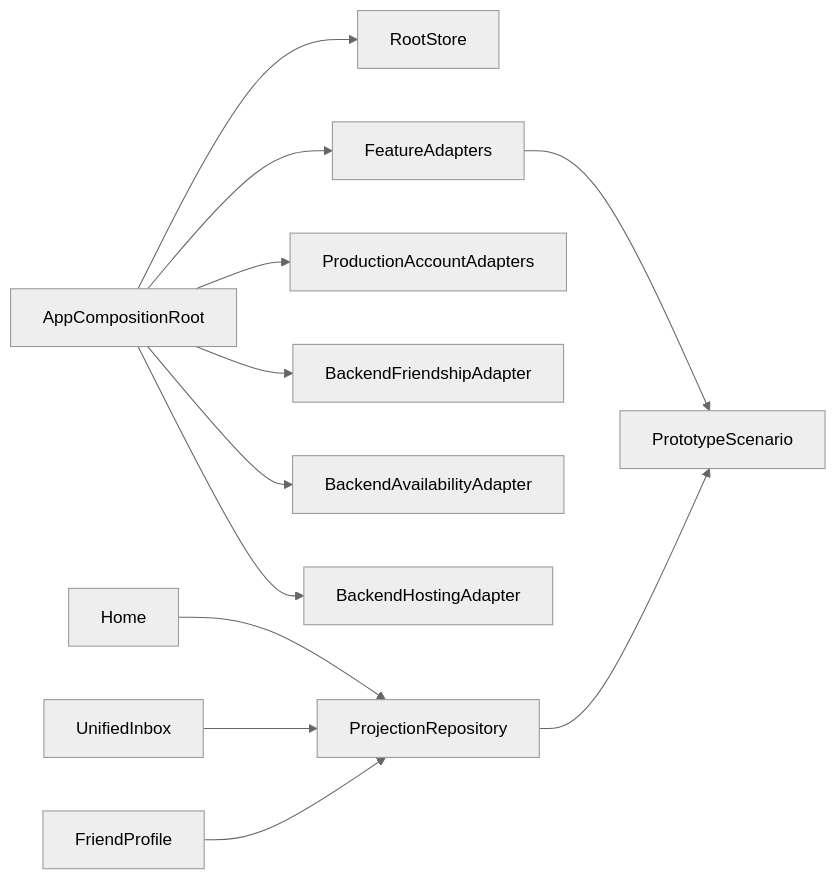
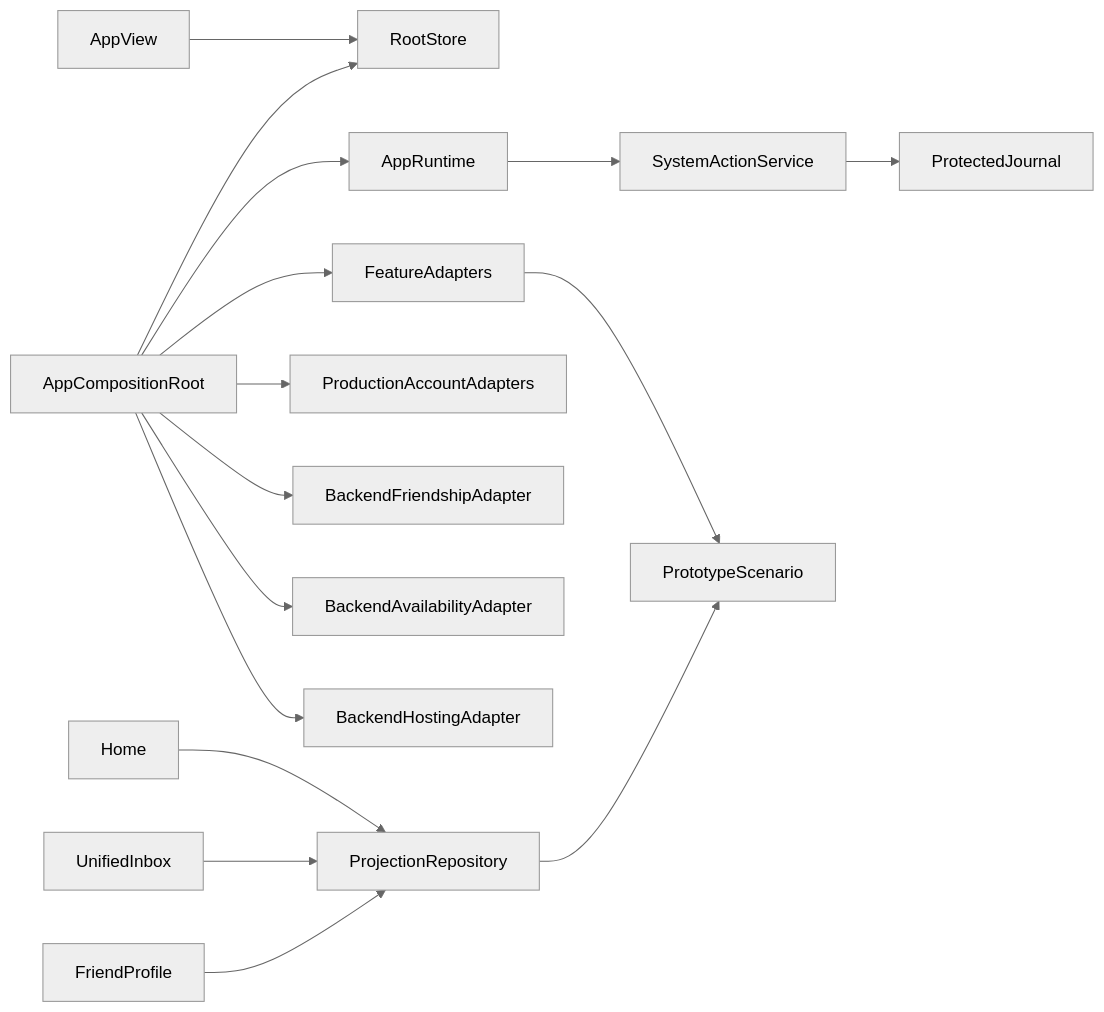
One commit to beyond-labo/free-time-matching changed the diagram in .kiro/specs/ios-app-integration/design.md. Above: the diagram before and after it, drawn with Mermaid (neutral theme). The commit also changed other lines of this file and 49 other files, not shown here.

````diff
--- a/.kiro/specs/ios-app-integration/design.md
+++ b/.kiro/specs/ios-app-integration/design.md
@@ -48,14 +48,18 @@
 ```mermaid
 graph LR
     AppCompositionRoot --> RootStore
+    AppCompositionRoot --> AppRuntime
+    AppRuntime --> SystemActionService
+    SystemActionService --> ProtectedJournal
+    AppView --> RootStore
     AppCompositionRoot --> FeatureAdapters
     AppCompositionRoot --> ProductionAccountAdapters
     AppCompositionRoot --> BackendFriendshipAdapter
     AppCompositionRoot --> BackendAvailabilityAdapter
     AppCompositionRoot --> BackendHostingAdapter
     FeatureAdapters --> PrototypeScenario
     ProjectionRepository --> PrototypeScenario
     Home --> ProjectionRepository
     UnifiedInbox --> ProjectionRepository
     FriendProfile --> ProjectionRepository
 ```
````
